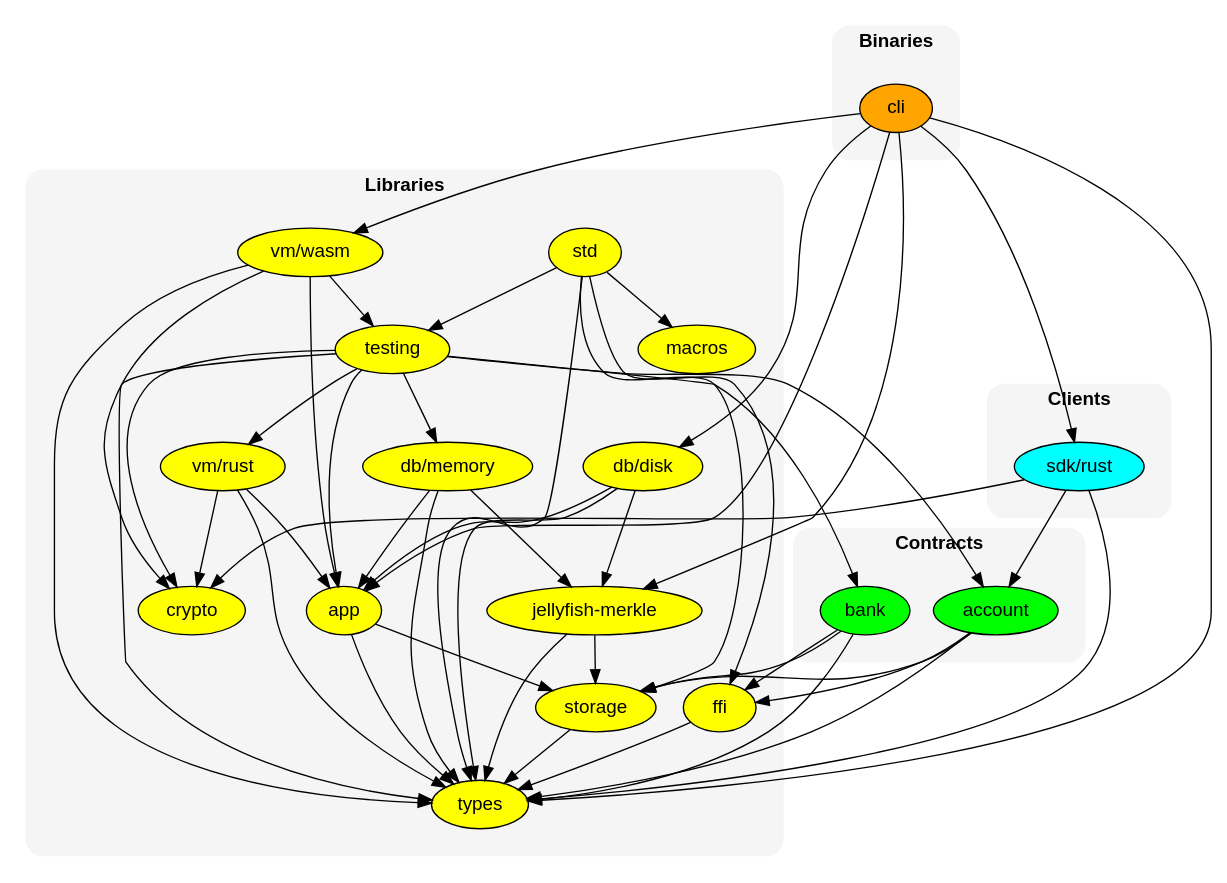
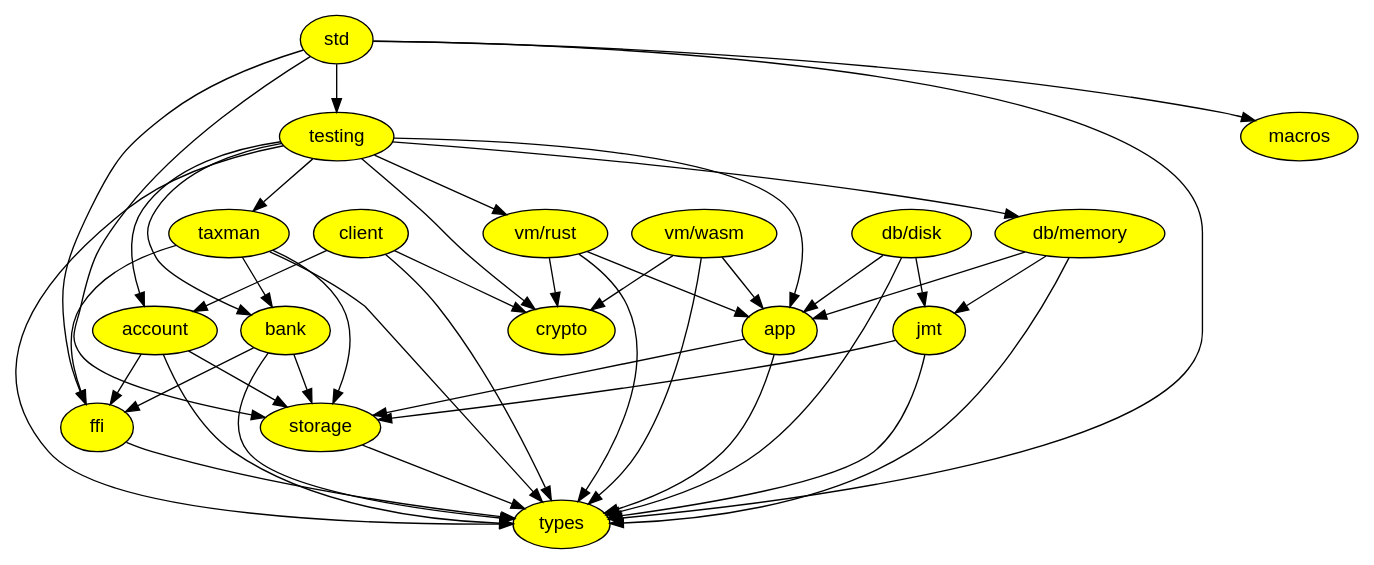
The diagram in docs/reference/generate-dependency-graph.md (left-curve/left-curve), drawn with Graphviz before and after one commit. The commit also changed 1 other file, not shown here.

Commit message:
update dependency graph

````diff
--- a/docs/reference/generate-dependency-graph.md
+++ b/docs/reference/generate-dependency-graph.md
@@ -5,67 +5,6 @@
 ```graphviz
 digraph G {
-  fontname="Helvetica-bold";
-  node [fontname="Helvetica" style=filled];
-
-  subgraph cluster_bin {
-    label="Binaries";
-    style="filled,rounded";
-    color=whitesmoke;
-    margin=20;
-
-    cli [fillcolor=orange];
-  }
-
-  subgraph cluster_clients {
-    label="Clients";
-    style="filled,rounded";
-    color=whitesmoke;
-    margin=20;
-
-    "sdk/rust" [fillcolor=cyan];
-  }
-
-  subgraph cluster_contracts {
-    label="Contracts";
-    style="filled,rounded";
-    color=whitesmoke;
-    margin=20;
-
-    account [fillcolor=green1];
-    bank [fillcolor=green1];
-  }
-
-  subgraph cluster_libraries {
-    label="Libraries";
-    style="filled,rounded";
-    color=whitesmoke;
-    margin=20;
-
-    app [fillcolor=yellow];
-    crypto [fillcolor=yellow];
-    "db/disk" [fillcolor=yellow];
-    "db/memory" [fillcolor=yellow];
-    ffi [fillcolor=yellow];
-    jmt [fillcolor=yellow label="jellyfish-merkle"];
-    macros [fillcolor=yellow];
-    std [fillcolor=yellow];
-    storage [fillcolor=yellow];
-    testing [fillcolor=yellow];
-    types [fillcolor=yellow];
-    "vm/rust" [fillcolor=yellow];
-    "vm/wasm" [fillcolor=yellow];
-  }
-
-  cli -> app;
-  cli -> "db/disk";
-  cli -> jmt;
-  cli -> "sdk/rust";
-  cli -> types;
-  cli -> "vm/wasm";
-
-  "sdk/rust" -> account;
-  "sdk/rust" -> crypto;
-  "sdk/rust" -> types;
+  node [fontname="Helvetica" style=filled fillcolor=yellow];
 
   account -> ffi;
   account -> storage;
@@ -75,16 +14,26 @@
   bank -> storage;
   bank -> types;
 
+  taxman -> bank;
+  taxman -> ffi;
+  taxman -> storage;
+  taxman -> types;
+
   testing -> app;
   testing -> account;
   testing -> bank;
   testing -> crypto;
   testing -> "db/memory";
+  testing -> taxman;
   testing -> types;
   testing -> "vm/rust";
 
   app -> storage;
   app -> types;
+
+  client -> account;
+  client -> crypto;
+  client -> types;
 
   "db/disk" -> app;
   "db/disk" -> jmt;
@@ -113,7 +62,6 @@
 
   "vm/wasm" -> app;
   "vm/wasm" -> crypto;
-  "vm/wasm" -> testing;
   "vm/wasm" -> types;
 }
 ```
````
